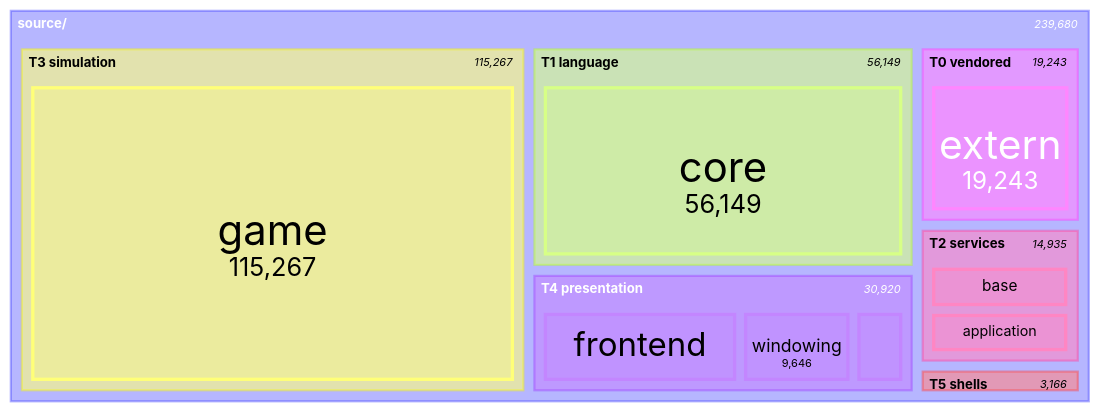
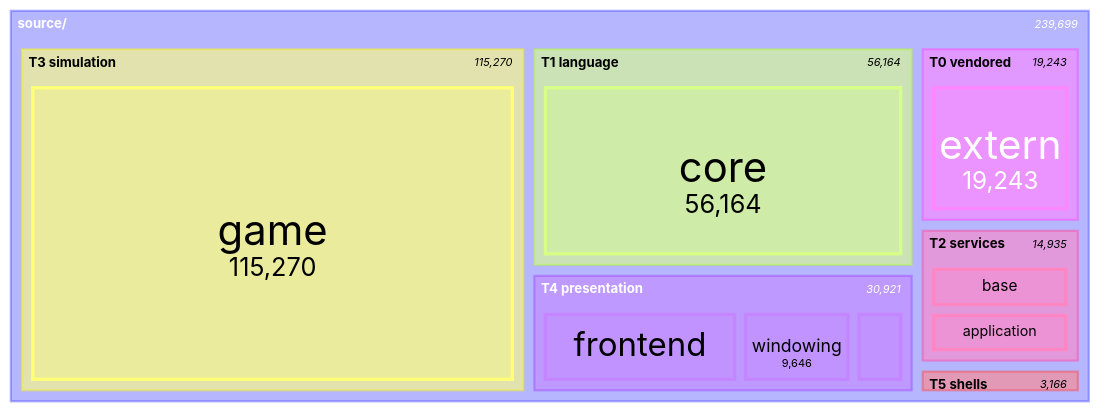
The seventh of 11 diagrams in docs/architecture/system-boundaries.md (apnex/OpenStarbound), drawn with Mermaid before and after one commit. The commit also changed other lines of this file and 11 other files, not shown here.

````diff
--- a/docs/architecture/system-boundaries.md
+++ b/docs/architecture/system-boundaries.md
@@ -577,21 +577,21 @@
 ```mermaid
 treemap-beta
 "source/"
     "T0 vendored"
         "extern": 19243
     "T1 language"
-        "core": 56149
+        "core": 56164
     "T2 services"
         "base": 7421
         "application": 7372
         "platform": 142
     "T3 simulation"
-        "game": 115267
+        "game": 115270
     "T4 presentation"
         "frontend": 16861
         "windowing": 9646
-        "rendering": 4413
+        "rendering": 4414
     "T5 shells"
         "client": 2383
         "server": 783
 ```
````
